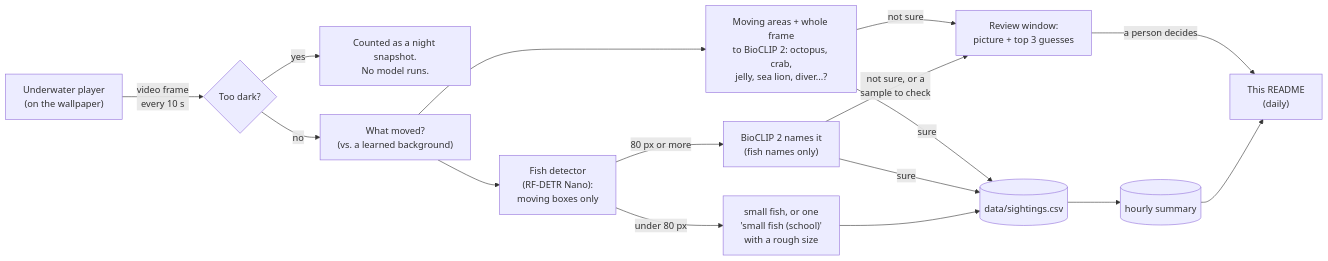
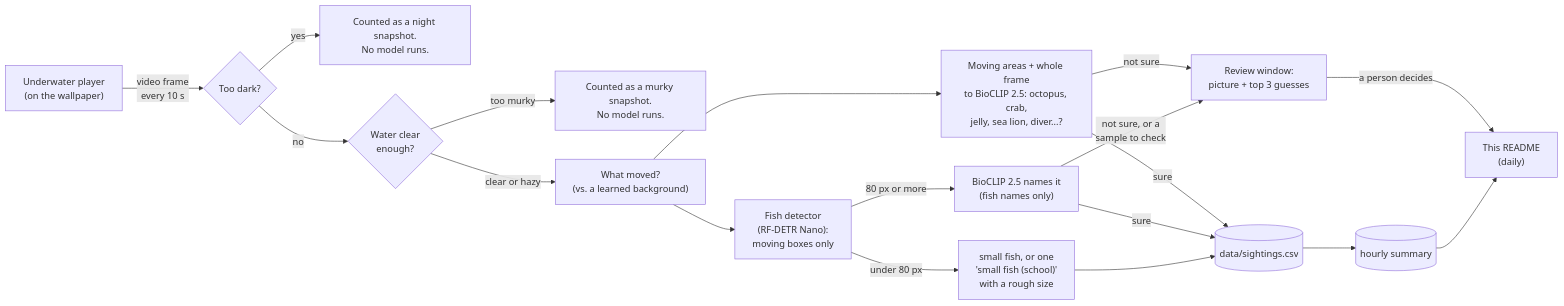
The third of 3 diagrams in README.md (joshuafrommeyer-35/PierTracker), drawn with Mermaid before and after one commit. The commit also changed other lines of this file and 15 other files, not shown here.

````diff
--- a/README.md
+++ b/README.md
@@ -49,17 +118,19 @@
 ```mermaid
 flowchart LR
     A["Underwater player<br/>(on the wallpaper)"] -->|"video frame<br/>every 10 s"| B{"Too dark?"}
     B -->|yes| N["Counted as a night snapshot.<br/>No model runs."]
-    B -->|no| M["What moved?<br/>(vs. a learned background)"]
+    B -->|no| V{"Water clear<br/>enough?"}
+    V -->|"too murky"| N2["Counted as a murky snapshot.<br/>No model runs."]
+    V -->|"clear or hazy"| M["What moved?<br/>(vs. a learned background)"]
     M --> D["Fish detector<br/>(RF-DETR Nano):<br/>moving boxes only"]
-    M --> C["Moving areas + whole frame<br/>to BioCLIP 2: octopus, crab,<br/>jelly, sea lion, diver...?"]
+    M --> C["Moving areas + whole frame<br/>to BioCLIP 2.5: octopus, crab,<br/>jelly, sea lion, diver...?"]
     D -->|"under 80 px"| U["small fish, or one<br/>'small fish (school)'<br/>with a rough size"]
-    D -->|"80 px or more"| F["BioCLIP 2 names it<br/>(fish names only)"]
+    D -->|"80 px or more"| F["BioCLIP 2.5 names it<br/>(fish names only)"]
     C -->|sure| G[("data/sightings.csv")]
     F -->|sure| G
     U --> G
     C -->|not sure| R["Review window:<br/>picture + top 3 guesses"]
     F -->|"not sure, or a<br/>sample to check"| R
     R -->|"a person decides"| I
     G --> H[("hourly summary")] --> I["This README<br/>(daily)"]
 ```
````
